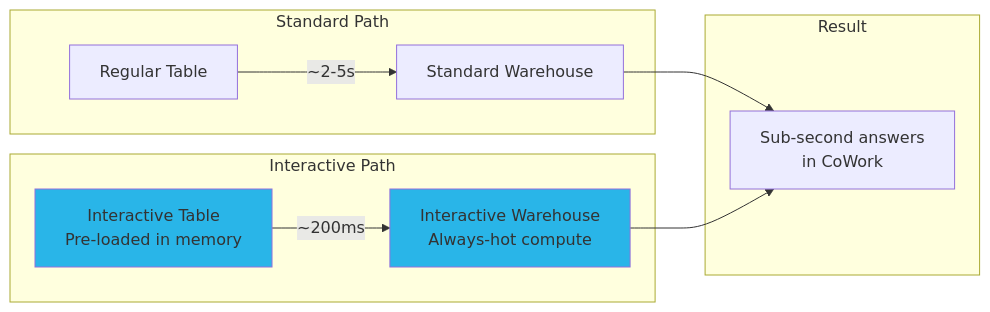
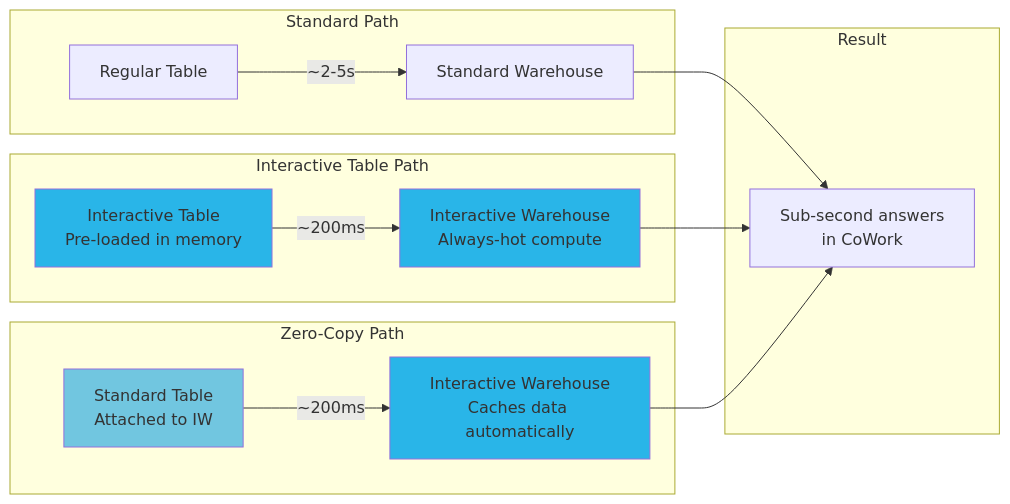
The diagram in step5_interactive_tables/step5_readme.md (sfc-gh-cmoynihan/holly-labs), drawn with Mermaid before and after one commit. The commit also changed other lines of this file and 1 other file, not shown here.

First line of the commit message:
Add Zero-Copy Interactive to step 5

````diff
--- a/step5_interactive_tables/step5_readme.md
+++ b/step5_interactive_tables/step5_readme.md
@@ -9,20 +9,27 @@
 ```mermaid
 graph LR
     subgraph "Standard Path"
         T1[Regular Table] -->|~2-5s| W1[Standard Warehouse]
     end
 
-    subgraph "Interactive Path"
+    subgraph "Interactive Table Path"
         IT[Interactive Table<br/>Pre-loaded in memory] -->|~200ms| IW[Interactive Warehouse<br/>Always-hot compute]
+    end
+
+    subgraph "Zero-Copy Path"
+        ST[Standard Table<br/>Attached to IW] -->|~200ms| IW2[Interactive Warehouse<br/>Caches data automatically]
     end
 
     subgraph "Result"
         R[Sub-second answers<br/>in CoWork]
     end
 
     W1 --> R
     IW --> R
+    IW2 --> R
 
     style IT fill:#29B5E8
     style IW fill:#29B5E8
+    style ST fill:#71C6E0
+    style IW2 fill:#29B5E8
 ```
````
